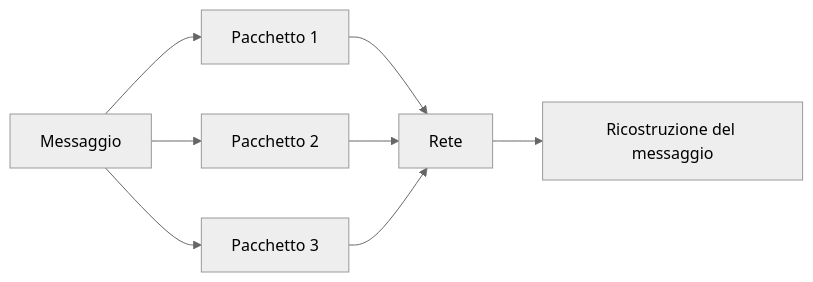
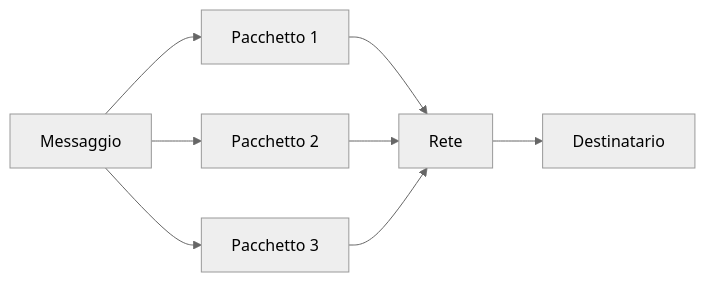
The third of 4 diagrams in anno1/tlc.md (lucavandro/il-mio-libro-di-informatica), drawn with Mermaid (neutral theme) before and after one commit. The commit also changed other lines of this file and 19 other files, not shown here.

````diff
--- a/anno1/tlc.md
+++ b/anno1/tlc.md
@@ -141,10 +86,10 @@
 ```mermaid
 flowchart LR
     M["Messaggio"] --> P1["Pacchetto 1"]
     M --> P2["Pacchetto 2"]
     M --> P3["Pacchetto 3"]
     P1 --> R["Rete"]
     P2 --> R
     P3 --> R
-    R --> D["Ricostruzione del messaggio"]
+    R --> D["Destinatario"]
 ```
````
